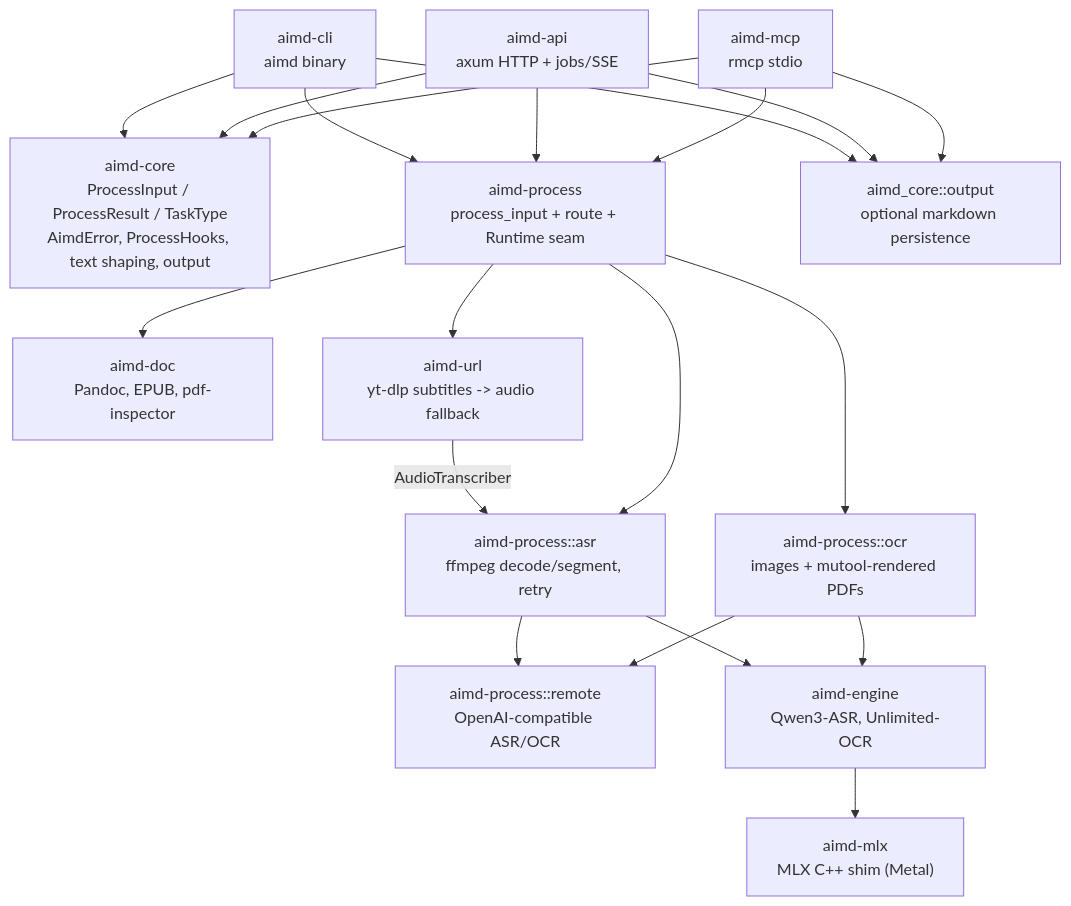
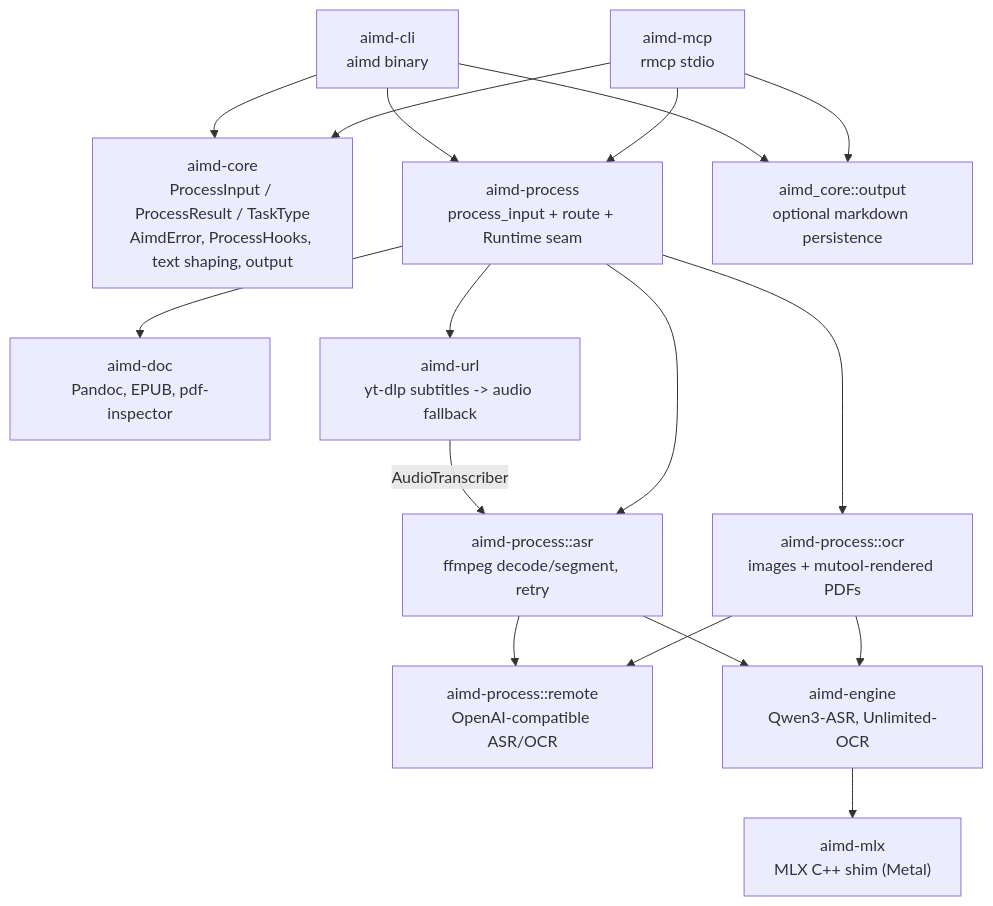
One commit to shuuul/aimd changed the diagram in AGENTS.md. Above: the diagram before and after it, drawn with Mermaid. The commit also changed other lines of this file and 32 other files, not shown here.

First line of the commit message:
feat!: remove the HTTP API; keep CLI and MCP for desktop use

````diff
--- a/AGENTS.md
+++ b/AGENTS.md
@@ -65,37 +63,33 @@
 ```mermaid
 flowchart TD
     CLI["aimd-cli\naimd binary"]
-    API["aimd-api\naxum HTTP + jobs/SSE"]
     MCP["aimd-mcp\nrmcp stdio"]
 
     Core["aimd-core\nProcessInput / ProcessResult / TaskType\nAimdError, ProcessHooks, text shaping, output"]
     Process["aimd-process\nprocess_input + route + Runtime seam"]
 
     Doc["aimd-doc\nPandoc, EPUB, pdf-inspector"]
     Url["aimd-url\nyt-dlp subtitles -> audio fallback"]
     Asr["aimd-process::asr\nffmpeg decode/segment, retry"]
     Ocr["aimd-process::ocr\nimages + mutool-rendered PDFs"]
     Remote["aimd-process::remote\nOpenAI-compatible ASR/OCR"]
     Engine["aimd-engine\nQwen3-ASR, Unlimited-OCR"]
     Mlx["aimd-mlx\nMLX C++ shim (Metal)"]
 
     CLI --> Core
-    API --> Core
     MCP --> Core
     CLI --> Process
-    API --> Process
     MCP --> Process
     Process --> Doc
     Process --> Url
     Url -->|AudioTranscriber| Asr
     Process --> Asr
     Process --> Ocr
     Asr --> Remote
     Ocr --> Remote
     Asr --> Engine
     Ocr --> Engine
     Engine --> Mlx
     CLI --> Output["aimd_core::output\noptional markdown persistence"]
-    API --> Output
     MCP --> Output
 ```
````
